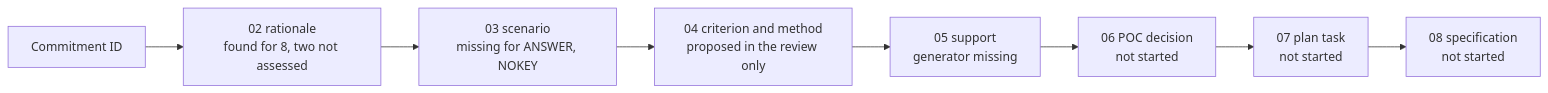
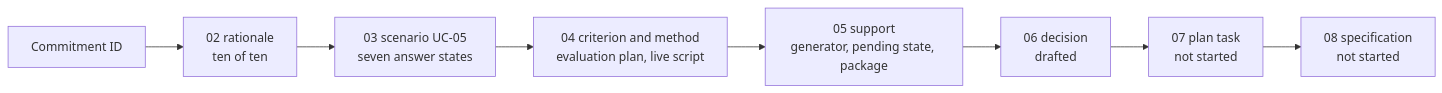
Before and after one commit to Elustondo-ai/alice.good.meetings: the diagram in docs/asdg/07-planning/03.7.1-sprint-003-coverage.md, drawn with Mermaid. The commit also changed other lines of this file and 34 other files, not shown here.

````diff
--- a/docs/asdg/07-planning/03.7.1-sprint-003-coverage.md
+++ b/docs/asdg/07-planning/03.7.1-sprint-003-coverage.md
@@ -5,10 +5,10 @@
 ```mermaid
 flowchart LR
-    C["Commitment ID"] --> P["02 rationale<br/>found for 8, two not assessed"]
-    P --> U["03 scenario<br/>missing for ANSWER, NOKEY"]
-    U --> E["04 criterion and method<br/>proposed in the review only"]
-    E --> A["05 support<br/>generator missing"]
-    A --> K["06 POC decision<br/>not started"]
+    C["Commitment ID"] --> P["02 rationale<br/>ten of ten"]
+    P --> U["03 scenario UC-05<br/>seven answer states"]
+    U --> E["04 criterion and method<br/>evaluation plan, live script"]
+    E --> A["05 support<br/>generator, pending state, package"]
+    A --> K["06 decision<br/>drafted"]
     K --> T["07 plan task<br/>not started"]
     T --> S["08 specification<br/>not started"]
 ```
````
